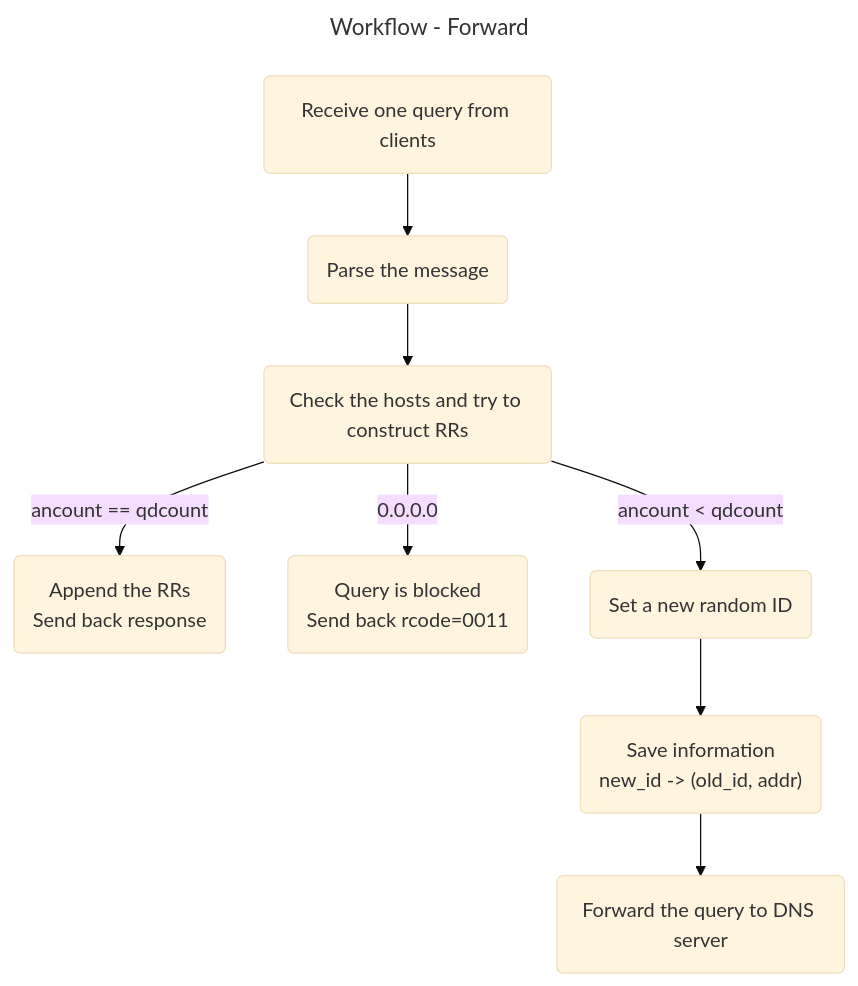
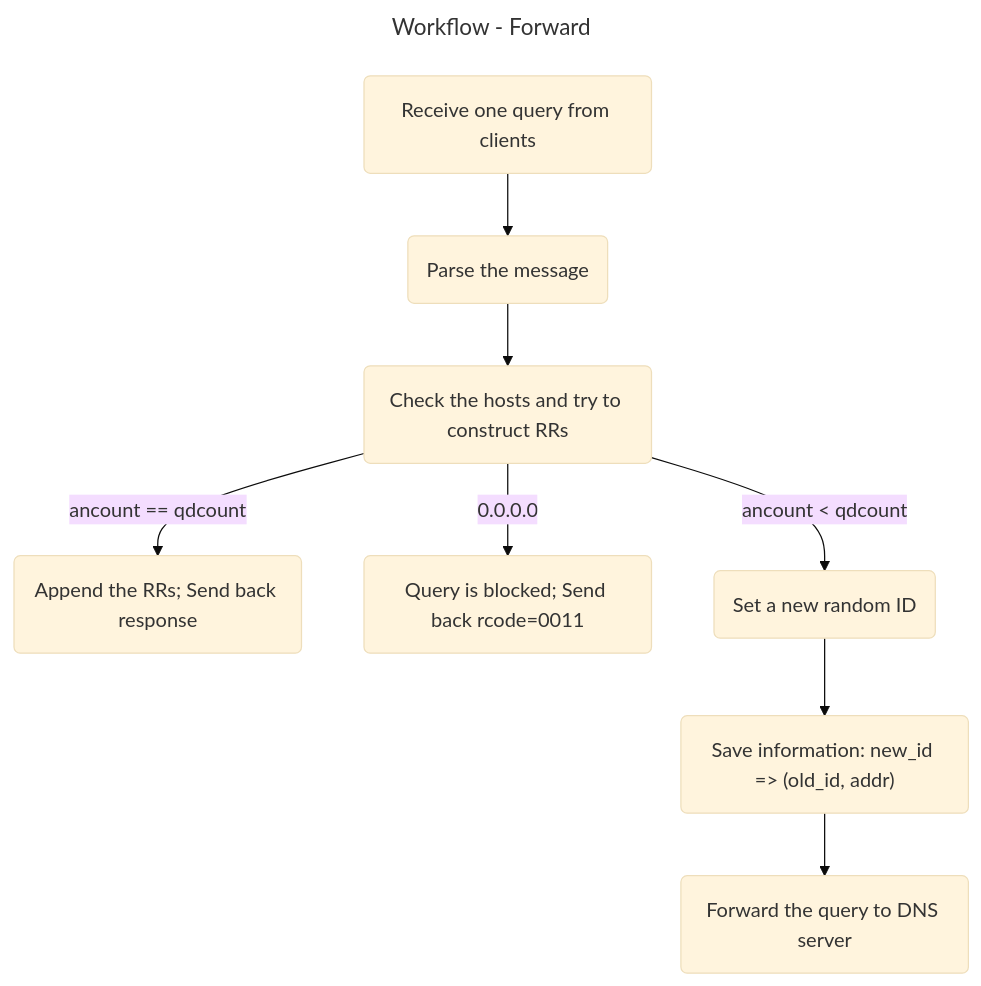
The first of 2 diagrams in report.md (Arcohol/mini-dns-relay), drawn with Mermaid (base theme) before and after one commit. The commit also changed other lines of this file and 6 other files, not shown here.

````diff
--- a/report.md
+++ b/report.md
@@ -47,21 +47,18 @@
 ```mermaid
 ---
 title: Workflow - Forward
 ---
 flowchart TD
 	A(Receive one query from clients)
 	B(Parse the message)
 	C(Check the hosts and try to construct RRs)
-	D("`Append the RRs
-	Send back response`")
+	D("Append the RRs; Send back response")
 	E(Forward the query to DNS server)
-	F("`Query is blocked
-	Send back rcode=0011`")
+	F("Query is blocked; Send back rcode=0011")
 	X(Set a new random ID)
-	Y("`Save information
-	new_id -> (old_id, addr)`")
+	Y("Save information: new_id => (old_id, addr)")
 	A-->B-->C
 	C-->|ancount == qdcount|D
 	C-->|ancount < qdcount|X-->Y-->E
 	C-->|0.0.0.0|F
 ```
````
